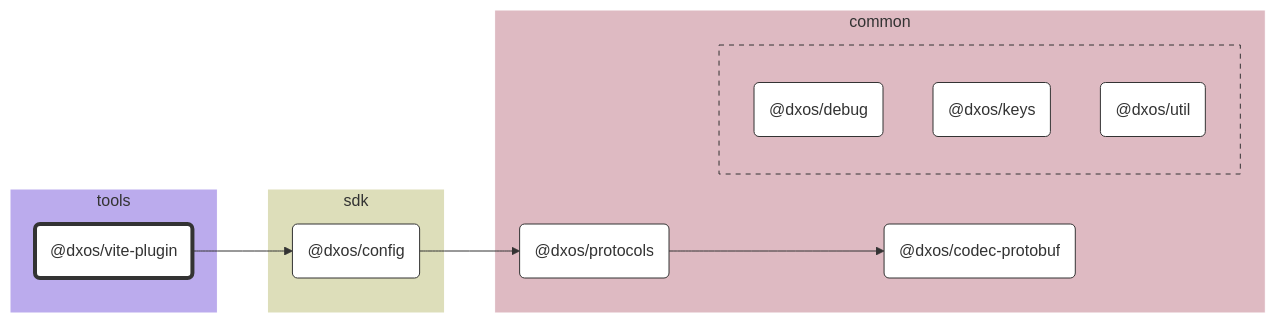
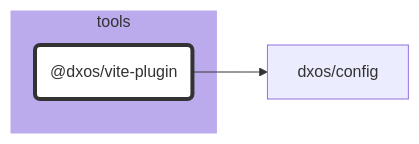
One commit to dxos/dxos changed the diagram in tools/vite-plugin/docs/README.md. Above: the diagram before and after it, drawn with Mermaid. The commit also changed 87 other files, not shown here.

````diff
--- a/tools/vite-plugin/docs/README.md
+++ b/tools/vite-plugin/docs/README.md
@@ -7,61 +7,21 @@
 ```mermaid
 %%{ init: {'flowchart':{'curve':'basis'}} }%%
 
 flowchart LR
 
-%% Links
-dxos/config --> dxos/protocols;
-dxos/protocols --> dxos/codec-protobuf;
-dxos/vite-plugin --> dxos/config;
+%% Classes
+classDef def fill:#fff,stroke:#333,stroke-width:1px
+classDef root fill:#fff,stroke:#333,stroke-width:4px
 
-%% Sections
-subgraph tools
-  style tools fill:#bbabed,stroke:#fff;
+%% Nodes
 
-  dxos/vite-plugin("@dxos/vite-plugin")
+subgraph tools [tools]
+  style tools fill:#bbabed,stroke:#fff
+  dxos/vite-plugin("@dxos/vite-plugin"):::root
+  click dxos/vite-plugin "dxos/dxos/tree/main/tools/vite-plugin/docs"
 end
 
-subgraph sdk
-  style sdk fill:#dddeba,stroke:#fff;
-
-  dxos/config("@dxos/config")
-end
-
-subgraph common
-  style common fill:#debac2,stroke:#fff;
-
-  dxos/codec-protobuf("@dxos/codec-protobuf")
-  dxos/protocols("@dxos/protocols")
-
-  subgraph common-excluded [ ]
-    style common-excluded fill:#debac2,stroke:#333,stroke-dasharray:5 5;
-
-    dxos/debug("@dxos/debug")
-    dxos/keys("@dxos/keys")
-    dxos/util("@dxos/util")
-  end
-end
-
-
-%% Hyperlinks
-click dxos/codec-protobuf "dxos/dxos/tree/main/packages/common/codec-protobuf/docs";
-click dxos/config "dxos/dxos/tree/main/packages/sdk/config/docs";
-click dxos/debug "dxos/dxos/tree/main/packages/common/debug/docs";
-click dxos/keys "dxos/dxos/tree/main/packages/common/keys/docs";
-click dxos/protocols "dxos/dxos/tree/main/packages/common/protocols/docs";
-click dxos/util "dxos/dxos/tree/main/packages/common/util/docs";
-
-%% Styles
-classDef rootNode fill:#fff,stroke:#333,stroke-width:4px
-classDef defaultNode fill:#fff,stroke:#333,stroke-width:1px
+%% Links
 linkStyle default stroke:#333,stroke-width:1px
-
-dxos/vite-plugin:::rootNode
-
-dxos/codec-protobuf:::defaultNode
-dxos/config:::defaultNode
-dxos/debug:::defaultNode
-dxos/keys:::defaultNode
-dxos/protocols:::defaultNode
-dxos/util:::defaultNode
+dxos/vite-plugin --> dxos/config
 ```
````
